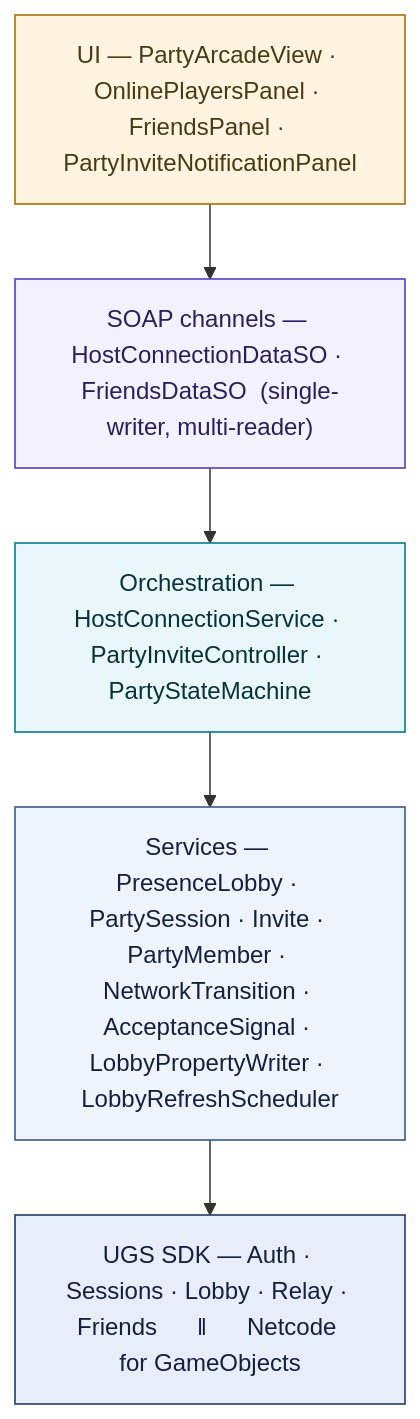
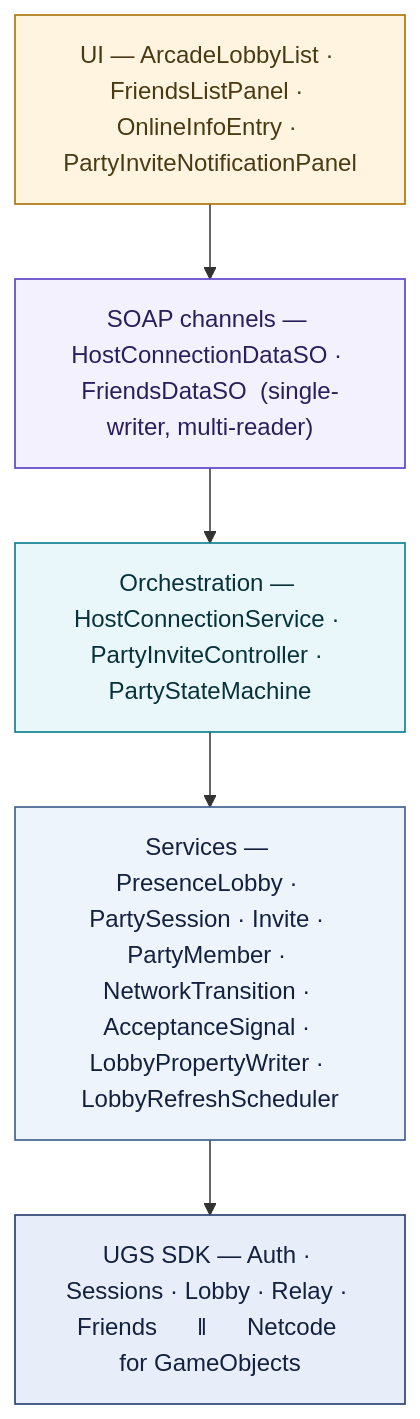
One commit to froglet-studio/Cosmic-Shore changed the diagram in Docs/MultiplayerArchitecture/src/diagrams/architecture-layers.mmd. Above: the diagram before and after it, drawn with Mermaid. The commit also changed 14 other files, not shown here.

```diff
--- a/Docs/MultiplayerArchitecture/src/diagrams/architecture-layers.mmd
+++ b/Docs/MultiplayerArchitecture/src/diagrams/architecture-layers.mmd
@@ -1,14 +1,14 @@
 flowchart TB
   classDef ui fill:#fff4e0,stroke:#a9750a,color:#4a3a13,stroke-width:1.1px;
   classDef soap fill:#f3f1fe,stroke:#5a40c9,color:#2a1f5c,stroke-width:1.1px;
   classDef orch fill:#e9f7fa,stroke:#0c7f90,color:#08323a,stroke-width:1.1px;
   classDef svc fill:#eef4fc,stroke:#3f5e8f,color:#13213f,stroke-width:1.1px;
   classDef sdk fill:#e8eef9,stroke:#26406e,color:#13213f,stroke-width:1.1px;
 
-  L1["UI — PartyArcadeView · OnlinePlayersPanel · FriendsPanel · PartyInviteNotificationPanel"]:::ui
+  L1["UI — ArcadeLobbyList · FriendsListPanel · OnlineInfoEntry · PartyInviteNotificationPanel"]:::ui
   L2["SOAP channels — HostConnectionDataSO · FriendsDataSO  (single-writer, multi-reader)"]:::soap
   L3["Orchestration — HostConnectionService · PartyInviteController · PartyStateMachine"]:::orch
   L4["Services — PresenceLobby · PartySession · Invite · PartyMember · NetworkTransition · AcceptanceSignal · LobbyPropertyWriter · LobbyRefreshScheduler"]:::svc
   L5["UGS SDK — Auth · Sessions · Lobby · Relay · Friends      ‖      Netcode for GameObjects"]:::sdk
 
   L1 --> L2 --> L3 --> L4 --> L5
```
